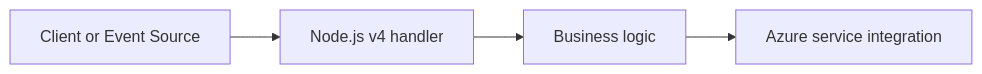
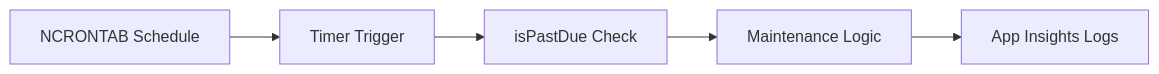
One commit to yeongseon/azure-functions-practical-guide changed the diagram in docs/language-guides/nodejs/recipes/timer.md. Above: the diagram before and after it, drawn with Mermaid. The commit also changed other lines of this file and 217 other files, not shown here.

````diff
--- a/docs/language-guides/nodejs/recipes/timer.md
+++ b/docs/language-guides/nodejs/recipes/timer.md
@@ -7,6 +7,7 @@
 ```mermaid
 flowchart LR
-    A[Client or Event Source] --> B[Node.js v4 handler]
-    B --> C[Business logic]
-    C --> D[Azure service integration]
+    SCHED[NCRONTAB Schedule] --> TIMER[Timer Trigger]
+    TIMER --> CHECK[isPastDue Check]
+    CHECK --> JOB[Maintenance Logic]
+    JOB --> LOG[App Insights Logs]
 ```
````
